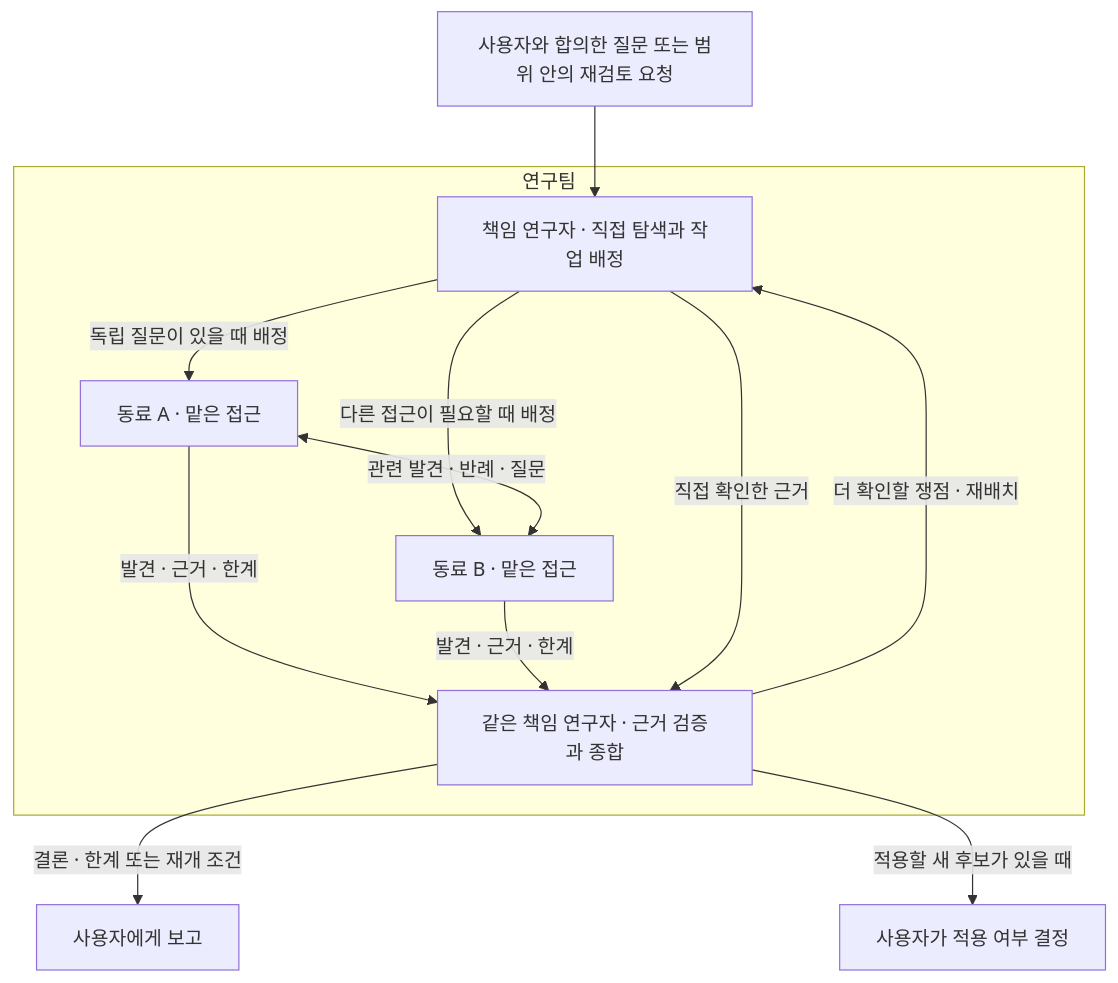
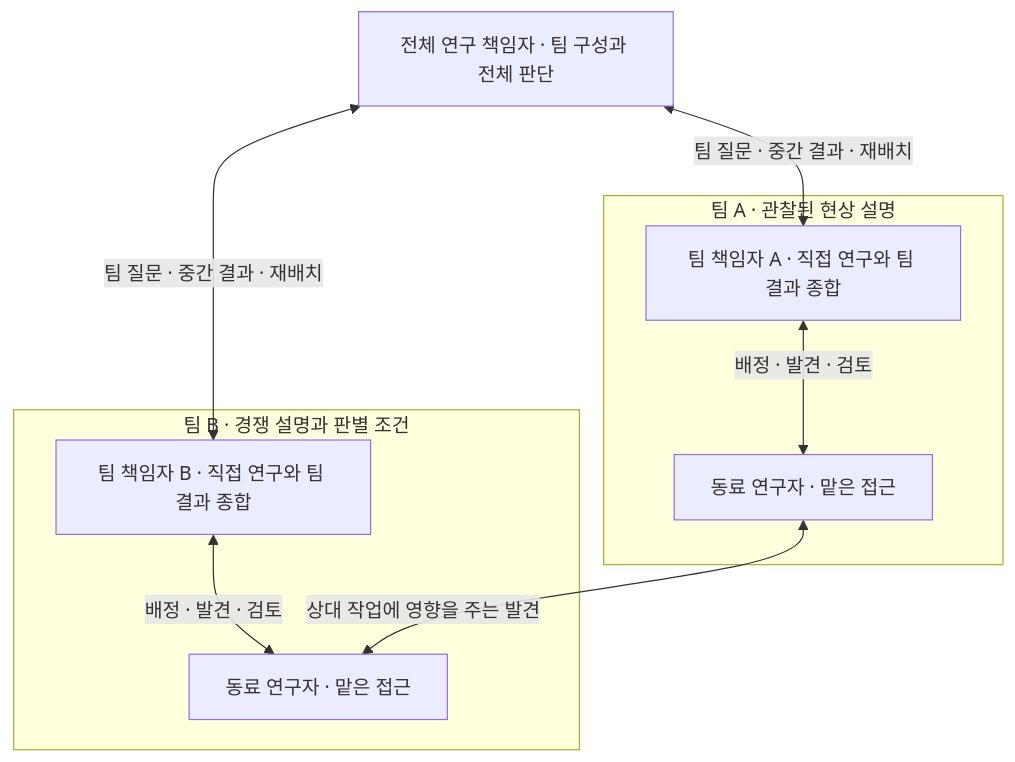
One commit to Rmayana/frontier-research-harness changed the second of 2 diagrams in docs/DESIGN.md. Above: the diagram before and after it, drawn with Mermaid. The commit also changed other lines of this file, not shown here.

````diff
--- a/docs/DESIGN.md
+++ b/docs/DESIGN.md
@@ -42,19 +25,17 @@
 ```mermaid
 flowchart TD
-    Q["사용자와 합의한 질문 또는 범위 안의 재검토 요청"] --> L
-    subgraph Team["연구팀"]
-        L["책임 연구자 · 직접 탐색과 작업 배정"]
-        A["동료 A · 맡은 접근"]
-        B["동료 B · 맡은 접근"]
-        L -->|"독립 질문이 있을 때 배정"| A
-        L -->|"다른 접근이 필요할 때 배정"| B
-        A <-->|"관련 발견 · 반례 · 질문"| B
-        A -->|"발견 · 근거 · 한계"| J
-        B -->|"발견 · 근거 · 한계"| J
-        L -->|"직접 확인한 근거"| J
-        J["같은 책임 연구자 · 근거 검증과 종합"]
-        J -->|"더 확인할 쟁점 · 재배치"| L
+    G["전체 연구 책임자 · 팀 구성과 전체 판단"]
+    subgraph A["팀 A · 관찰된 현상 설명"]
+        LA["팀 책임자 A · 직접 연구와 팀 결과 종합"]
+        PA["동료 연구자 · 맡은 접근"]
+        LA <-->|"배정 · 발견 · 검토"| PA
     end
-    J -->|"결론 · 한계 또는 재개 조건"| U["사용자에게 보고"]
-    J -->|"적용할 새 후보가 있을 때"| D["사용자가 적용 여부 결정"]
+    subgraph B["팀 B · 경쟁 설명과 판별 조건"]
+        LB["팀 책임자 B · 직접 연구와 팀 결과 종합"]
+        PB["동료 연구자 · 맡은 접근"]
+        LB <-->|"배정 · 발견 · 검토"| PB
+    end
+    G <-->|"팀 질문 · 중간 결과 · 재배치"| LA
+    G <-->|"팀 질문 · 중간 결과 · 재배치"| LB
+    PA <-->|"상대 작업에 영향을 주는 발견"| PB
 ```
````
